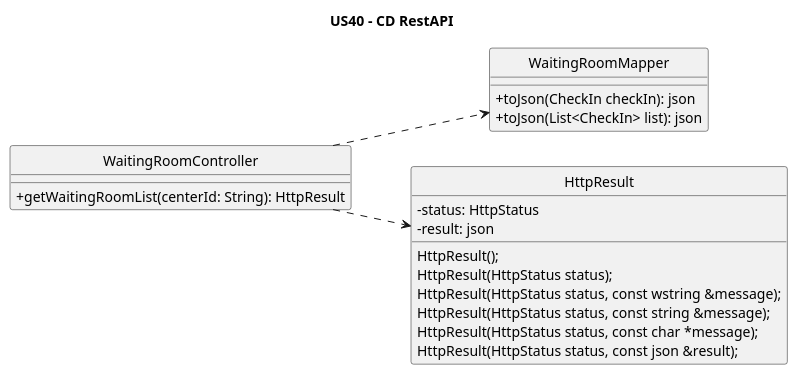
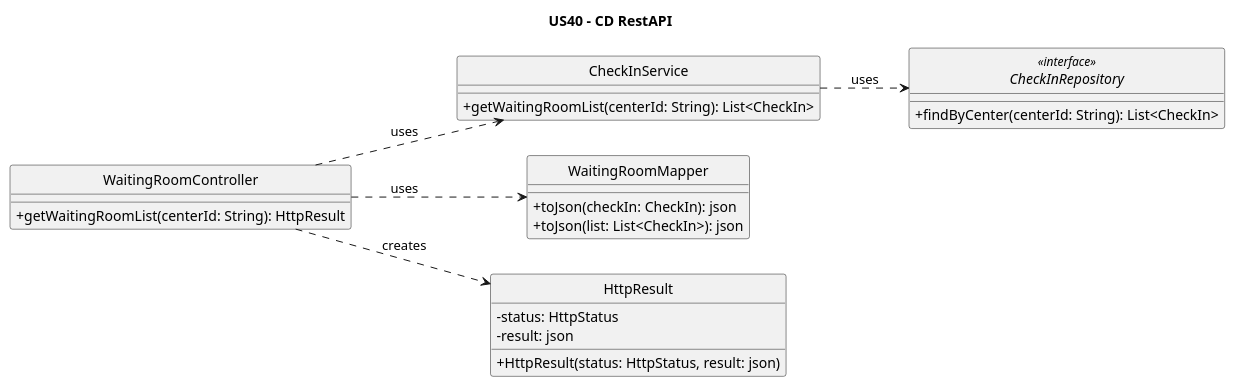
One commit to luluisfcm/leti-esoft-25-26-B5 changed the diagram in docs/system-documentation/US40/puml/US40-CD-RestAPI.puml. Above: the diagram before and after it, drawn with PlantUML. The commit also changed 8 other files, not shown here.

```diff
--- a/docs/system-documentation/US40/puml/US40-CD-RestAPI.puml
+++ b/docs/system-documentation/US40/puml/US40-CD-RestAPI.puml
@@ -1,34 +1,35 @@
 @startuml
-'https://plantuml.com/class-diagram
 left to right direction
-
 hide circle
 skinparam classAttributeIconSize 0
 
 title US40 - CD RestAPI
 
 class WaitingRoomController {
     +getWaitingRoomList(centerId: String): HttpResult
 }
 
+class CheckInService {
+    +getWaitingRoomList(centerId: String): List<CheckIn>
+}
+
+interface CheckInRepository <<interface>> {
+    +findByCenter(centerId: String): List<CheckIn>
+}
+
 class WaitingRoomMapper {
-    +toJson(CheckIn checkIn): json
-    +toJson(List<CheckIn> list): json
+    +toJson(checkIn: CheckIn): json
+    +toJson(list: List<CheckIn>): json
 }
 
 class HttpResult {
     -status: HttpStatus
     -result: json
-    HttpResult();
-    HttpResult(HttpStatus status);
-    HttpResult(HttpStatus status, const wstring &message);
-    HttpResult(HttpStatus status, const string &message);
-    HttpResult(HttpStatus status, const char *message);
-    HttpResult(HttpStatus status, const json &result);
+    +HttpResult(status: HttpStatus, result: json)
 }
 
-' Relationships based on the template
-WaitingRoomController ..> WaitingRoomMapper
-WaitingRoomController ..> HttpResult
-
+WaitingRoomController ..> CheckInService : uses
+WaitingRoomController ..> WaitingRoomMapper : uses
+WaitingRoomController ..> HttpResult : creates
+CheckInService ..> CheckInRepository : uses
 @enduml
```
